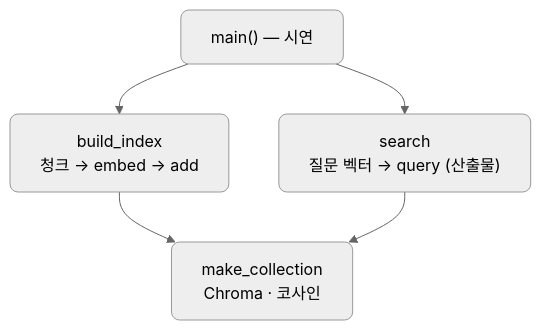
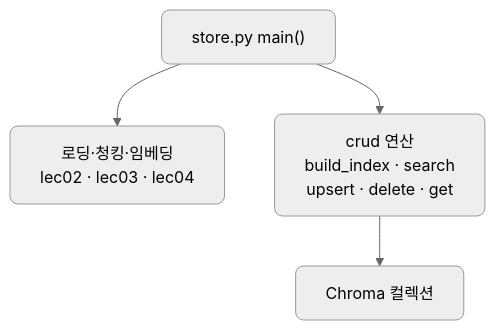
One commit to CodeCompose7/ai_service_engineering changed the third of 4 diagrams in docs/section2/lec05/README.md. Above: the diagram before and after it, drawn with Mermaid (neutral theme). The commit also changed other lines of this file and 4 other files, not shown here.

First line of the commit message:
lec05: CRUD 연산을 crud.py로 분리, 예제 절을 파일별로 나눔

````diff
--- a/docs/section2/lec05/README.md
+++ b/docs/section2/lec05/README.md
@@ -94,9 +98,8 @@
 ```mermaid
 flowchart TB
-  MAIN["main() — 시연"]
-  MAIN --> BI["build_index<br/>청크 → embed → add"]
-  MAIN --> SR["search<br/>질문 벡터 → query (산출물)"]
-  BI --> MC["make_collection<br/>Chroma · 코사인"]
-  SR --> MC
+  MAIN["store.py main()"]
+  MAIN --> PIPE["로딩·청킹·임베딩<br/>lec02 · lec03 · lec04"]
+  MAIN --> OPS["crud 연산<br/>build_index · search<br/>upsert · delete · get"]
+  OPS --> COL["Chroma 컬렉션"]
   classDef default rx:8,ry:8;
 ```
````
